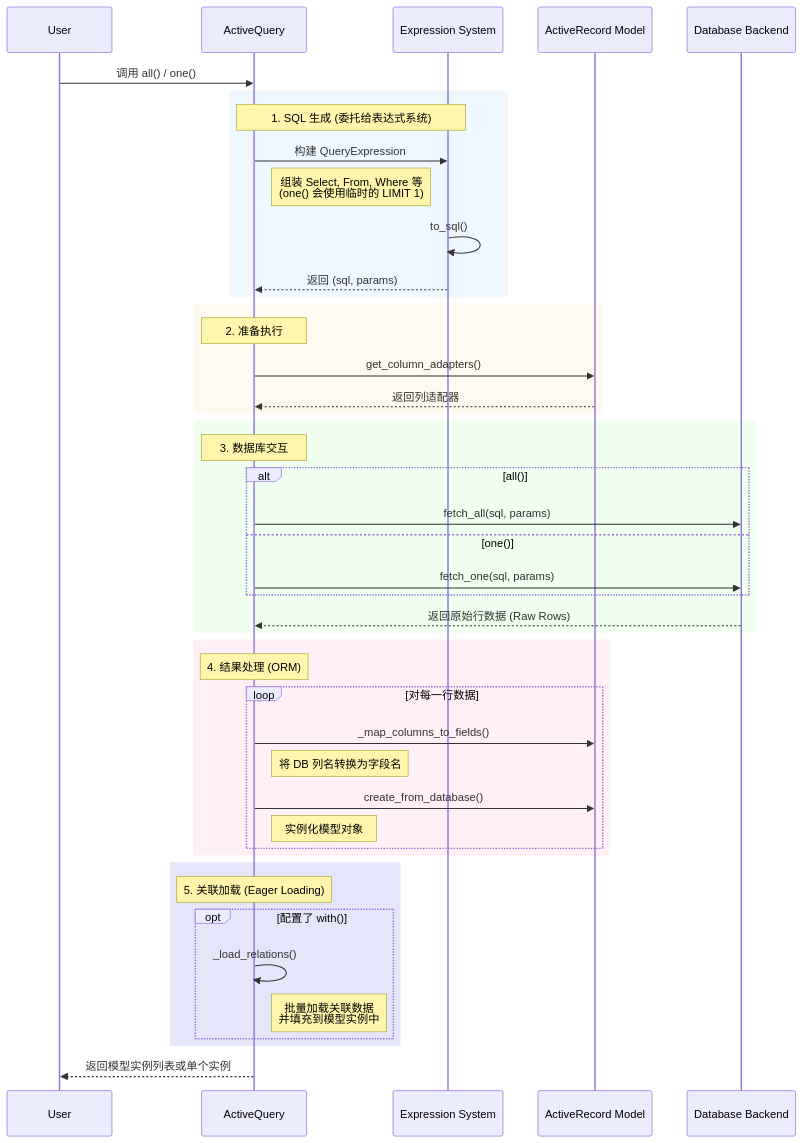
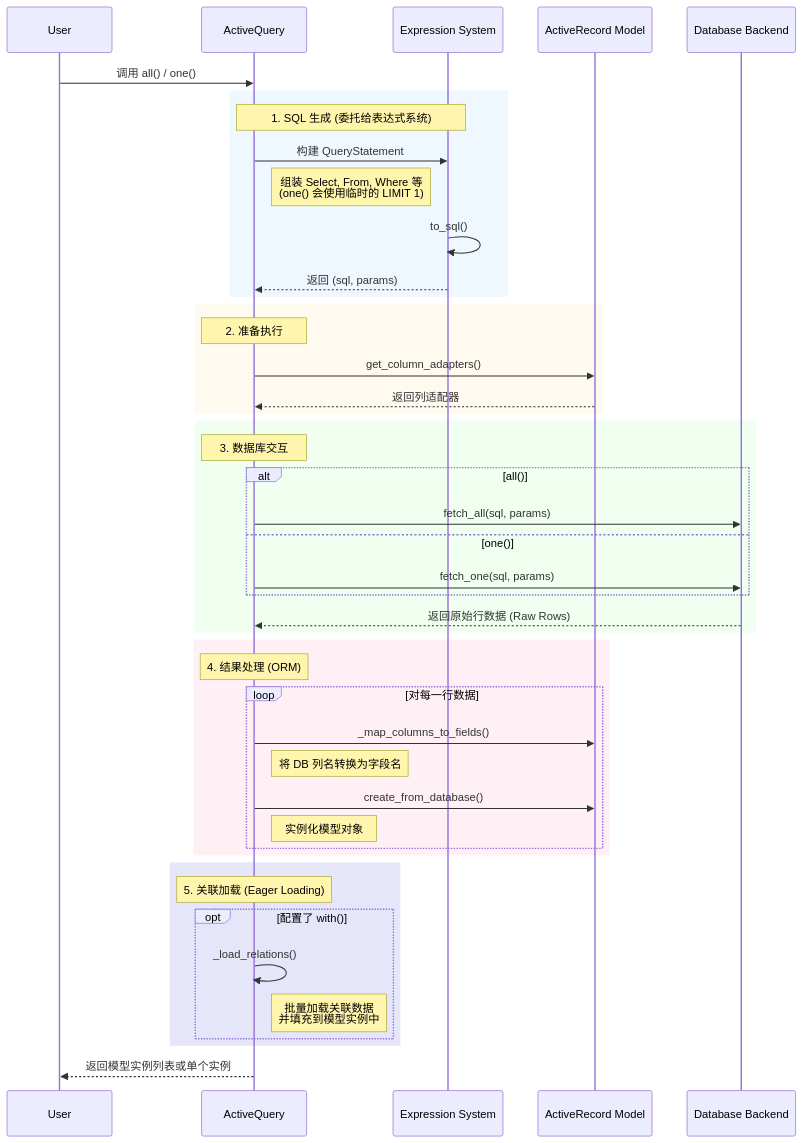
Before and after one commit to rhosocial/python-activerecord: the first of 3 diagrams in docs/zh_CN/querying/active_query.md, drawn with Mermaid. The commit also changed other lines of this file and 310 other files, not shown here.

````diff
--- a/docs/zh_CN/querying/active_query.md
+++ b/docs/zh_CN/querying/active_query.md
@@ -686,54 +686,54 @@
 ```mermaid
 sequenceDiagram
     participant User
     participant Query as ActiveQuery
     participant Expr as Expression System
     participant Model as ActiveRecord Model
     participant Backend as Database Backend
 
     User->>Query: 调用 all() / one()
     
     rect rgb(240, 248, 255)
         Note over Query, Expr: 1. SQL 生成 (委托给表达式系统)
-        Query->>Expr: 构建 QueryExpression
+        Query->>Expr: 构建 QueryStatement
         Note right of Query: 组装 Select, From, Where 等<br/>(one() 会使用临时的 LIMIT 1)
         Expr->>Expr: to_sql()
         Expr-->>Query: 返回 (sql, params)
     end
 
     rect rgb(255, 250, 240)
         Note over Query: 2. 准备执行
         Query->>Model: get_column_adapters()
         Model-->>Query: 返回列适配器
     end
 
     rect rgb(240, 255, 240)
         Note over Query: 3. 数据库交互
         alt all()
             Query->>Backend: fetch_all(sql, params)
         else one()
             Query->>Backend: fetch_one(sql, params)
         end
         Backend-->>Query: 返回原始行数据 (Raw Rows)
     end
 
     rect rgb(255, 240, 245)
         Note over Query: 4. 结果处理 (ORM)
         loop 对每一行数据
             Query->>Model: _map_columns_to_fields()
             Note right of Query: 将 DB 列名转换为字段名
             Query->>Model: create_from_database()
             Note right of Query: 实例化模型对象
         end
     end
 
     rect rgb(230, 230, 250)
         Note over Query: 5. 关联加载 (Eager Loading)
         opt 配置了 with()
             Query->>Query: _load_relations()
             Note right of Query: 批量加载关联数据<br/>并填充到模型实例中
         end
     end
 
     Query-->>User: 返回模型实例列表或单个实例
 ```
````
